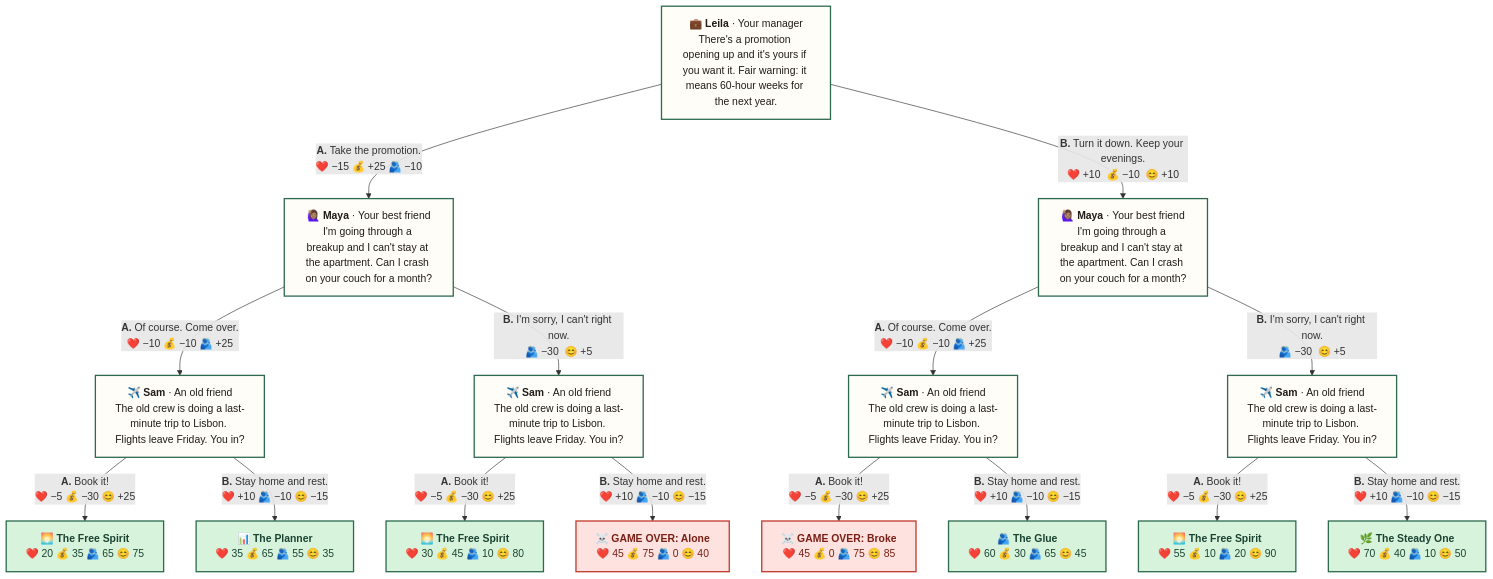
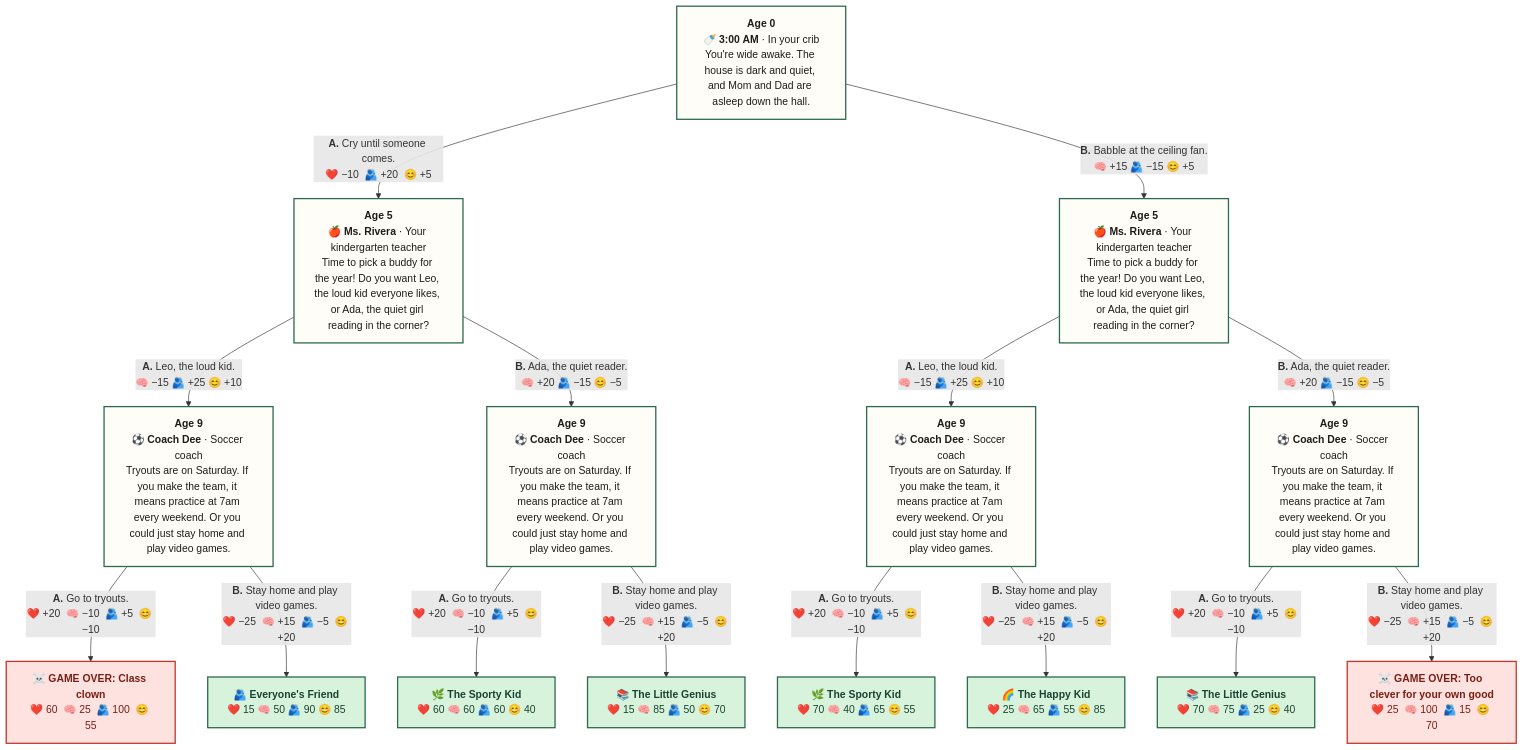
The diagram in TREE.md (alielmayyah/runway), drawn with Mermaid before and after one commit. The commit also changed other lines of this file and 8 other files, not shown here.

````diff
--- a/TREE.md
+++ b/TREE.md
@@ -7,36 +7,36 @@
 ```mermaid
 flowchart TD
-  n0["💼 <b>Leila</b> · Your manager<br/>There's a promotion opening up and it's yours if you want it. Fair warning: it means 60-hour weeks for the next year."]:::decision
-  n0 -->|"<b>A.</b> Take the promotion.<br/>❤️ −15  💰 +25  🫂 −10"| n1
-  n1["🙋🏽‍♀️ <b>Maya</b> · Your best friend<br/>I'm going through a breakup and I can't stay at the apartment. Can I crash on your couch for a month?"]:::decision
-  n1 -->|"<b>A.</b> Of course. Come over.<br/>❤️ −10  💰 −10  🫂 +25"| n2
-  n2["✈️ <b>Sam</b> · An old friend<br/>The old crew is doing a last-minute trip to Lisbon. Flights leave Friday. You in?"]:::decision
-  n2 -->|"<b>A.</b> Book it!<br/>❤️ −5  💰 −30  😊 +25"| n3
-  n3["<b>🌅 The Free Spirit</b><br/>❤️ 20  💰 35  🫂 65  😊 75"]:::win
-  n2 -->|"<b>B.</b> Stay home and rest.<br/>❤️ +10  🫂 −10  😊 −15"| n4
-  n4["<b>📊 The Planner</b><br/>❤️ 35  💰 65  🫂 55  😊 35"]:::win
-  n1 -->|"<b>B.</b> I'm sorry, I can't right now.<br/>🫂 −30  😊 +5"| n5
-  n5["✈️ <b>Sam</b> · An old friend<br/>The old crew is doing a last-minute trip to Lisbon. Flights leave Friday. You in?"]:::decision
-  n5 -->|"<b>A.</b> Book it!<br/>❤️ −5  💰 −30  😊 +25"| n6
-  n6["<b>🌅 The Free Spirit</b><br/>❤️ 30  💰 45  🫂 10  😊 80"]:::win
-  n5 -->|"<b>B.</b> Stay home and rest.<br/>❤️ +10  🫂 −10  😊 −15"| n7
-  n7["<b>☠️ GAME OVER: Alone</b><br/>❤️ 45  💰 75  🫂 0  😊 40"]:::lose
-  n0 -->|"<b>B.</b> Turn it down. Keep your evenings.<br/>❤️ +10  💰 −10  😊 +10"| n8
-  n8["🙋🏽‍♀️ <b>Maya</b> · Your best friend<br/>I'm going through a breakup and I can't stay at the apartment. Can I crash on your couch for a month?"]:::decision
-  n8 -->|"<b>A.</b> Of course. Come over.<br/>❤️ −10  💰 −10  🫂 +25"| n9
-  n9["✈️ <b>Sam</b> · An old friend<br/>The old crew is doing a last-minute trip to Lisbon. Flights leave Friday. You in?"]:::decision
-  n9 -->|"<b>A.</b> Book it!<br/>❤️ −5  💰 −30  😊 +25"| n10
-  n10["<b>☠️ GAME OVER: Broke</b><br/>❤️ 45  💰 0  🫂 75  😊 85"]:::lose
-  n9 -->|"<b>B.</b> Stay home and rest.<br/>❤️ +10  🫂 −10  😊 −15"| n11
-  n11["<b>🫂 The Glue</b><br/>❤️ 60  💰 30  🫂 65  😊 45"]:::win
-  n8 -->|"<b>B.</b> I'm sorry, I can't right now.<br/>🫂 −30  😊 +5"| n12
-  n12["✈️ <b>Sam</b> · An old friend<br/>The old crew is doing a last-minute trip to Lisbon. Flights leave Friday. You in?"]:::decision
-  n12 -->|"<b>A.</b> Book it!<br/>❤️ −5  💰 −30  😊 +25"| n13
-  n13["<b>🌅 The Free Spirit</b><br/>❤️ 55  💰 10  🫂 20  😊 90"]:::win
-  n12 -->|"<b>B.</b> Stay home and rest.<br/>❤️ +10  🫂 −10  😊 −15"| n14
-  n14["<b>🌿 The Steady One</b><br/>❤️ 70  💰 40  🫂 10  😊 50"]:::win
+  n0["<b>Age 0</b><br/>🍼 <b>3:00 AM</b> · In your crib<br/>You're wide awake. The house is dark and quiet, and Mom and Dad are asleep down the hall."]:::decision
+  n0 -->|"<b>A.</b> Cry until someone comes.<br/>❤️ −10  🫂 +20  😊 +5"| n1
+  n1["<b>Age 5</b><br/>🍎 <b>Ms. Rivera</b> · Your kindergarten teacher<br/>Time to pick a buddy for the year! Do you want Leo, the loud kid everyone likes, or Ada, the quiet girl reading in the corner?"]:::decision
+  n1 -->|"<b>A.</b> Leo, the loud kid.<br/>🧠 −15  🫂 +25  😊 +10"| n2
+  n2["<b>Age 9</b><br/>⚽ <b>Coach Dee</b> · Soccer coach<br/>Tryouts are on Saturday. If you make the team, it means practice at 7am every weekend. Or you could just stay home and play video games."]:::decision
+  n2 -->|"<b>A.</b> Go to tryouts.<br/>❤️ +20  🧠 −10  🫂 +5  😊 −10"| n3
+  n3["<b>☠️ GAME OVER: Class clown</b><br/>❤️ 60  🧠 25  🫂 100  😊 55"]:::lose
+  n2 -->|"<b>B.</b> Stay home and play video games.<br/>❤️ −25  🧠 +15  🫂 −5  😊 +20"| n4
+  n4["<b>🫂 Everyone's Friend</b><br/>❤️ 15  🧠 50  🫂 90  😊 85"]:::win
+  n1 -->|"<b>B.</b> Ada, the quiet reader.<br/>🧠 +20  🫂 −15  😊 −5"| n5
+  n5["<b>Age 9</b><br/>⚽ <b>Coach Dee</b> · Soccer coach<br/>Tryouts are on Saturday. If you make the team, it means practice at 7am every weekend. Or you could just stay home and play video games."]:::decision
+  n5 -->|"<b>A.</b> Go to tryouts.<br/>❤️ +20  🧠 −10  🫂 +5  😊 −10"| n6
+  n6["<b>🌿 The Sporty Kid</b><br/>❤️ 60  🧠 60  🫂 60  😊 40"]:::win
+  n5 -->|"<b>B.</b> Stay home and play video games.<br/>❤️ −25  🧠 +15  🫂 −5  😊 +20"| n7
+  n7["<b>📚 The Little Genius</b><br/>❤️ 15  🧠 85  🫂 50  😊 70"]:::win
+  n0 -->|"<b>B.</b> Babble at the ceiling fan.<br/>🧠 +15  🫂 −15  😊 +5"| n8
+  n8["<b>Age 5</b><br/>🍎 <b>Ms. Rivera</b> · Your kindergarten teacher<br/>Time to pick a buddy for the year! Do you want Leo, the loud kid everyone likes, or Ada, the quiet girl reading in the corner?"]:::decision
+  n8 -->|"<b>A.</b> Leo, the loud kid.<br/>🧠 −15  🫂 +25  😊 +10"| n9
+  n9["<b>Age 9</b><br/>⚽ <b>Coach Dee</b> · Soccer coach<br/>Tryouts are on Saturday. If you make the team, it means practice at 7am every weekend. Or you could just stay home and play video games."]:::decision
+  n9 -->|"<b>A.</b> Go to tryouts.<br/>❤️ +20  🧠 −10  🫂 +5  😊 −10"| n10
+  n10["<b>🌿 The Sporty Kid</b><br/>❤️ 70  🧠 40  🫂 65  😊 55"]:::win
+  n9 -->|"<b>B.</b> Stay home and play video games.<br/>❤️ −25  🧠 +15  🫂 −5  😊 +20"| n11
+  n11["<b>🌈 The Happy Kid</b><br/>❤️ 25  🧠 65  🫂 55  😊 85"]:::win
+  n8 -->|"<b>B.</b> Ada, the quiet reader.<br/>🧠 +20  🫂 −15  😊 −5"| n12
+  n12["<b>Age 9</b><br/>⚽ <b>Coach Dee</b> · Soccer coach<br/>Tryouts are on Saturday. If you make the team, it means practice at 7am every weekend. Or you could just stay home and play video games."]:::decision
+  n12 -->|"<b>A.</b> Go to tryouts.<br/>❤️ +20  🧠 −10  🫂 +5  😊 −10"| n13
+  n13["<b>📚 The Little Genius</b><br/>❤️ 70  🧠 75  🫂 25  😊 40"]:::win
+  n12 -->|"<b>B.</b> Stay home and play video games.<br/>❤️ −25  🧠 +15  🫂 −5  😊 +20"| n14
+  n14["<b>☠️ GAME OVER: Too clever for your own good</b><br/>❤️ 25  🧠 100  🫂 15  😊 70"]:::lose
 
   classDef decision fill:#fffdf8,stroke:#2d6a4f,stroke-width:2px,color:#1f1c17
   classDef win fill:#d8f3dc,stroke:#2d6a4f,stroke-width:2px,color:#1b4332
   classDef lose fill:#fde2df,stroke:#c0392b,stroke-width:2px,color:#7a1f15
 ```
````
